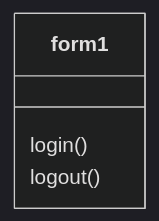
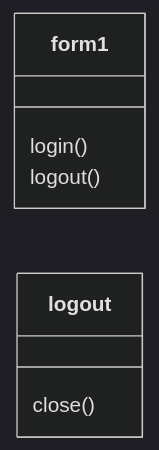
One commit to Syxsaran/ReportSalesCoffee changed the diagram in README.md. Above: the diagram before and after it, drawn with Mermaid (dark theme).

````diff
--- a/README.md
+++ b/README.md
@@ -11,8 +11,11 @@
 ```mermaid
 classDiagram
   direction LR
   class form1{
   login()
   logout()
   }
+  class logout{
+  close()
+  }
   ```
````
